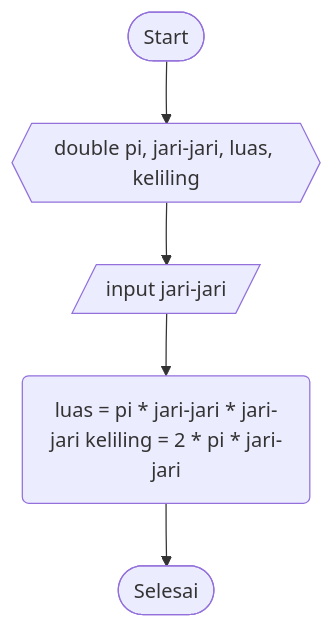
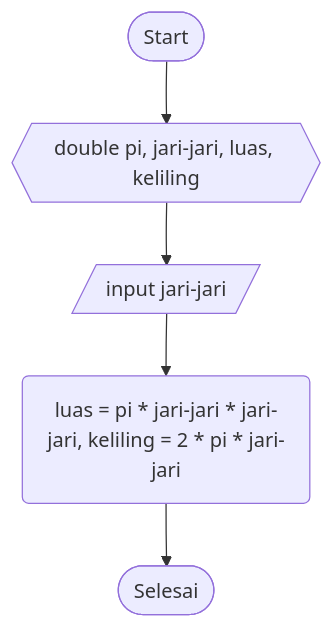
One commit to SATRIODIANNUGROHO/Latihan4_27_SatrioDianNugroho changed the diagram in Lingkaran.md. Above: the diagram before and after it, drawn with Mermaid.

````diff
--- a/Lingkaran.md
+++ b/Lingkaran.md
@@ -15,7 +15,7 @@
 ```mermaid
 graph TD;
     A([Start])-->B{{double pi, jari-jari, luas, keliling}};
     B{{double pi, jari-jari, luas, keliling}}-->C[/input jari-jari/];
     C[/input jari-jari/]-->D(luas = pi * jari-jari * jari-jari keliling = 2 * pi * jari-jari);
-    D(luas = pi * jari-jari * jari-jari keliling = 2 * pi * jari-jari)-->E([Selesai]);
+    D(luas = pi * jari-jari * jari-jari, keliling = 2 * pi * jari-jari)-->E([Selesai]);
 ```
````
